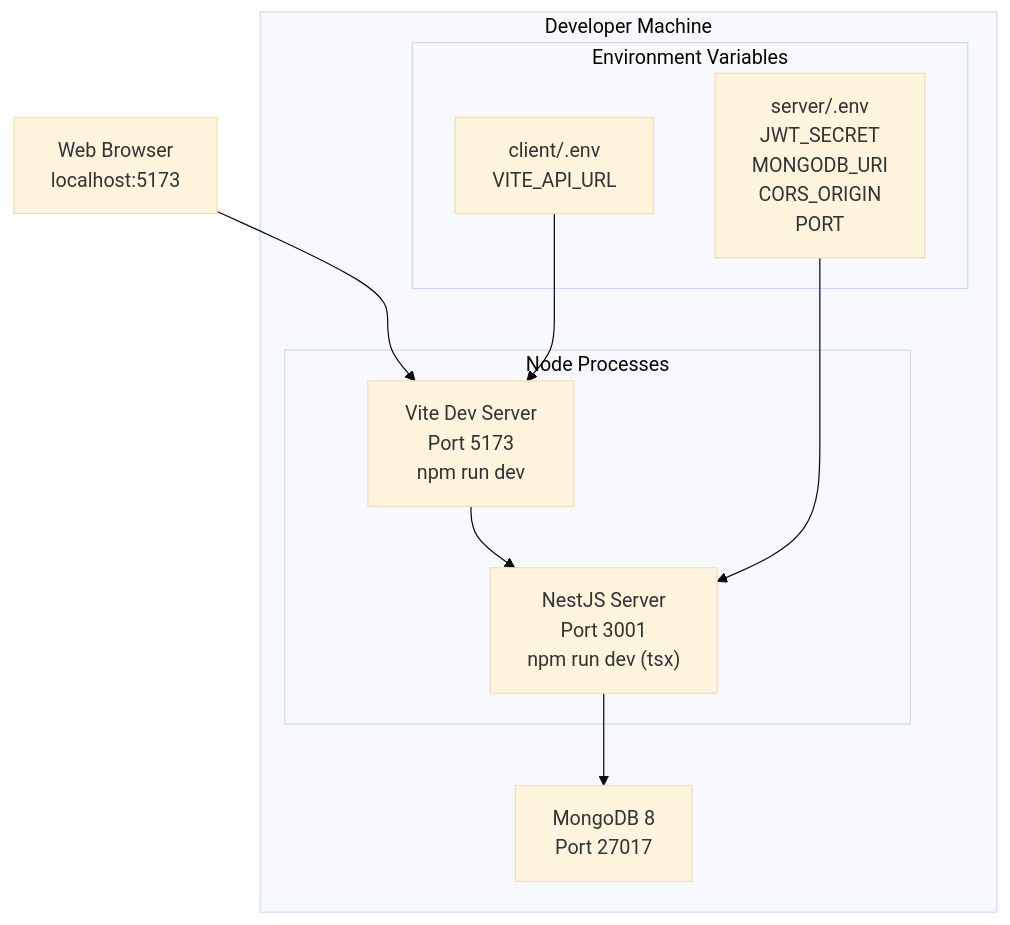
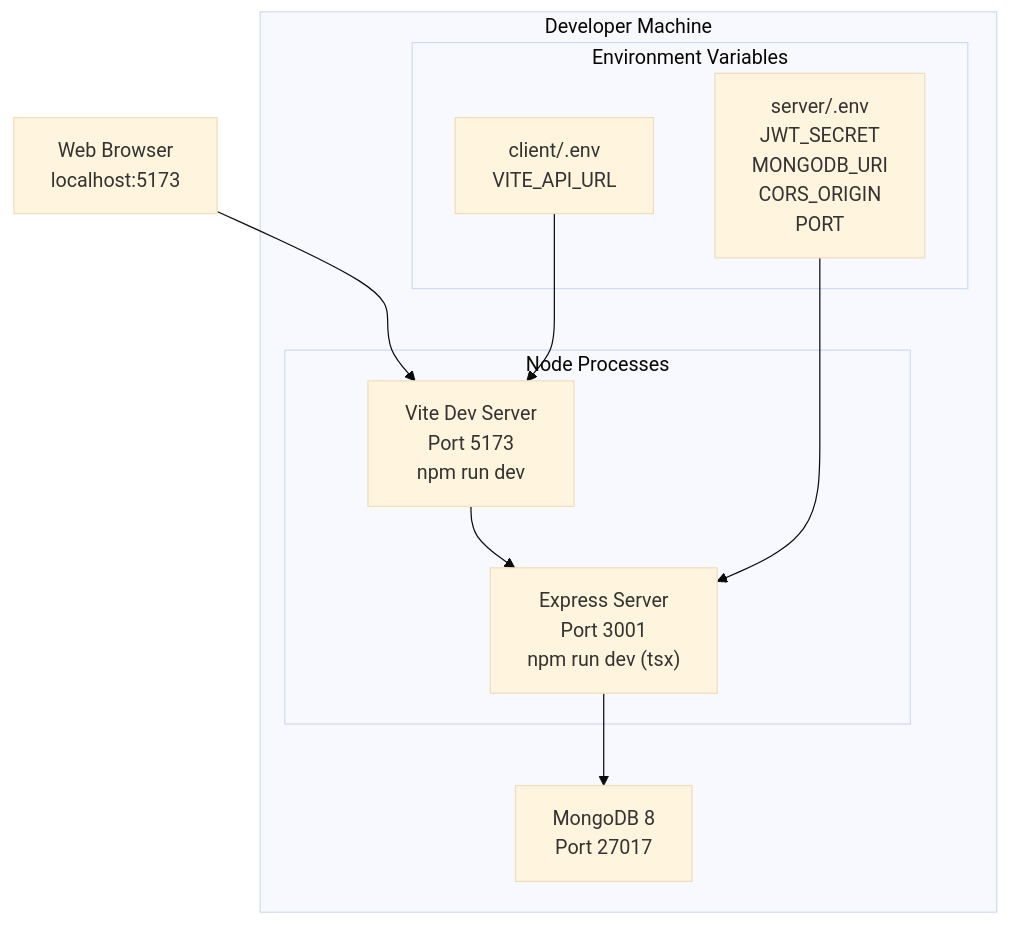
One commit to nghiaxh/hr-management changed diagram 25 of 30 in docs/SDD.md. Above: the diagram before and after it, drawn with Mermaid (base theme). The commit also changed other lines of this file and 4 other files, not shown here.

````diff
--- a/docs/SDD.md
+++ b/docs/SDD.md
@@ -1378,22 +1357,22 @@
 ```mermaid
 graph TB
     subgraph "Developer Machine"
         MCON["MongoDB 8<br/>Port 27017"]
 
         subgraph "Node Processes"
-            SRV["NestJS Server<br/>Port 3001<br/>npm run dev (tsx)"]
+            SRV["Express Server<br/>Port 3001<br/>npm run dev (tsx)"]
             CLT["Vite Dev Server<br/>Port 5173<br/>npm run dev"]
         end
 
         subgraph "Environment Variables"
             ENV["server/.env<br/>JWT_SECRET<br/>MONGODB_URI<br/>CORS_ORIGIN<br/>PORT"]
             CLT_ENV["client/.env<br/>VITE_API_URL"]
         end
     end
 
     BROWSER[Web Browser<br/>localhost:5173] --> CLT
     CLT --> SRV
     SRV --> MCON
     ENV --> SRV
     CLT_ENV --> CLT
 ```
````
